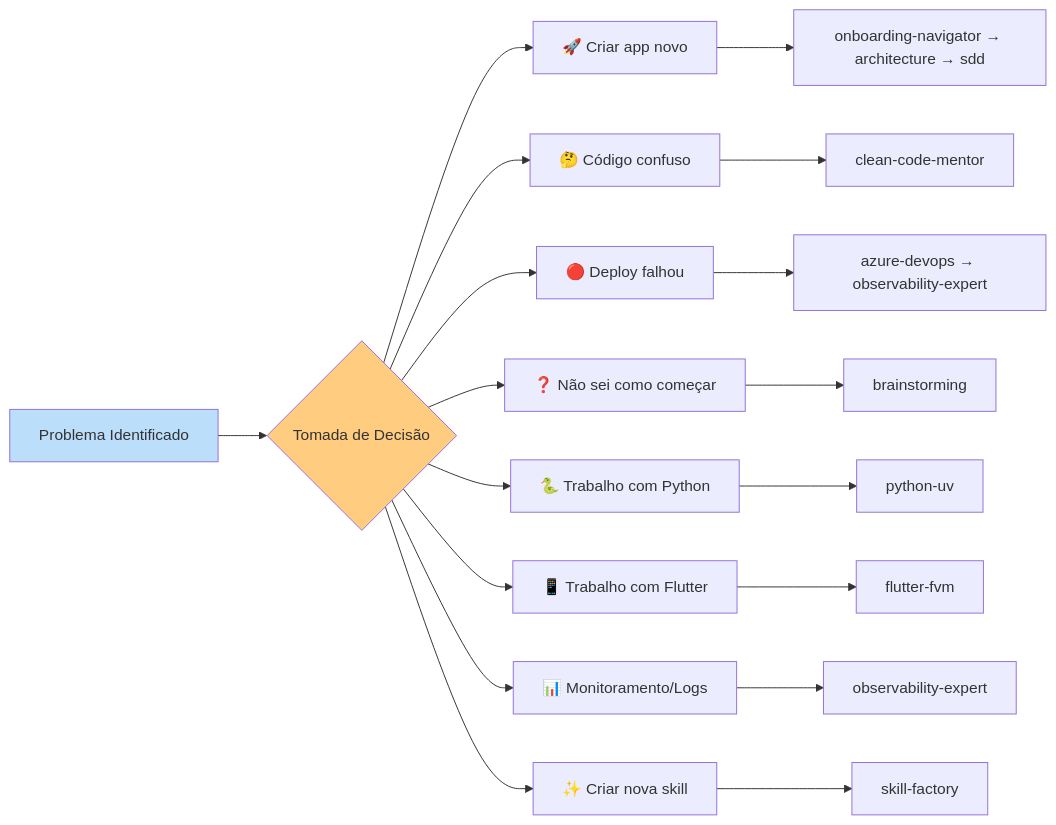
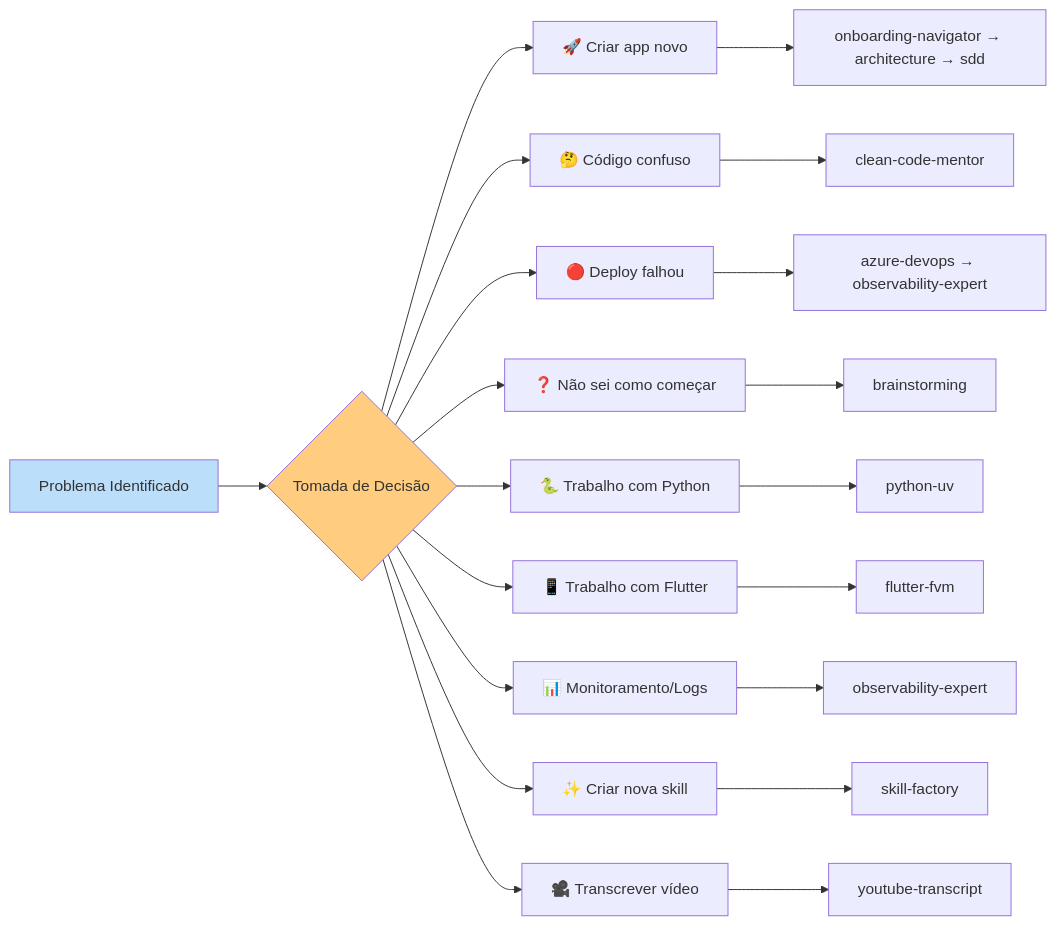
One commit to KlebersonCollab/skills changed the second of 2 diagrams in onboarding-navigator/references/skills-catalog.md. Above: the diagram before and after it, drawn with Mermaid. The commit also changed other lines of this file and 16 other files, not shown here.

````diff
--- a/onboarding-navigator/references/skills-catalog.md
+++ b/onboarding-navigator/references/skills-catalog.md
@@ -76,25 +85,27 @@
 ```mermaid
 flowchart LR
     Problem[Problema Identificado] --> Decision{Tomada de Decisão}
     
     Decision --> NewApp["🚀 Criar app novo"]
     Decision --> CodeSmell["🤔 Código confuso"]
     Decision --> DeployFailed["🔴 Deploy falhou"]
     Decision --> NoIdea["❓ Não sei como começar"]
     Decision --> PythonTask["🐍 Trabalho com Python"]
     Decision --> FlutterTask["📱 Trabalho com Flutter"]
     Decision --> Monitor["📊 Monitoramento/Logs"]
     Decision --> NewSkill["✨ Criar nova skill"]
+    Decision --> YoutubeVid["🎥 Transcrever vídeo"]
     
     NewApp --> Path1[onboarding-navigator → architecture → sdd]
     CodeSmell --> Path2[clean-code-mentor]
     DeployFailed --> Path3[azure-devops → observability-expert]
     NoIdea --> Path4[brainstorming]
     PythonTask --> Path5[python-uv]
     FlutterTask --> Path6[flutter-fvm]
     Monitor --> Path7[observability-expert]
     NewSkill --> Path8[skill-factory]
+    YoutubeVid --> Path9[youtube-transcript]
     
     style Problem fill:#bbdefb
     style Decision fill:#ffcc80
 ```
````
